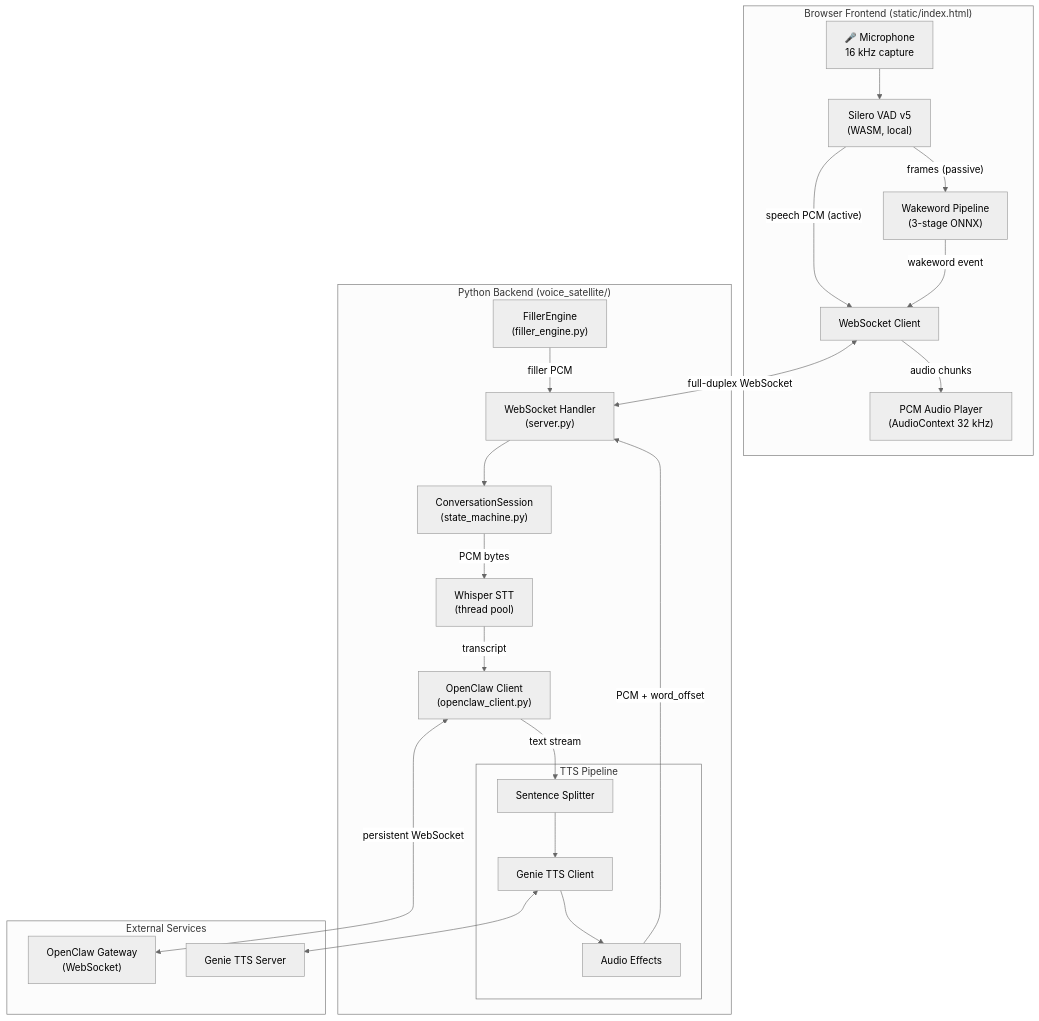
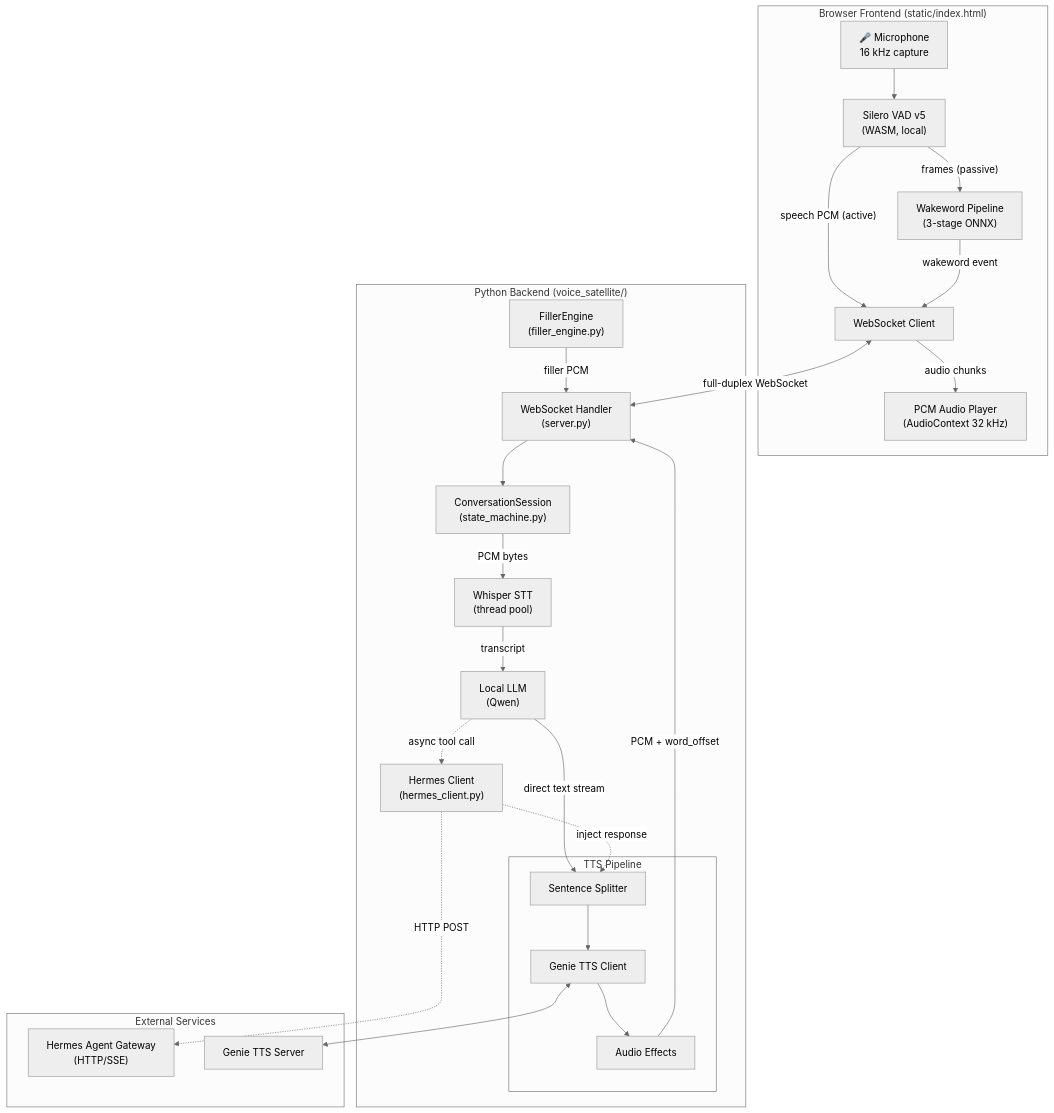
One commit to aiden-isaac/vocascade changed the first of 3 diagrams in specs/001-voice-satellite-core/plan.md. Above: the diagram before and after it, drawn with Mermaid (neutral theme). The commit also changed 6 other files, not shown here.

````diff
--- a/specs/001-voice-satellite-core/plan.md
+++ b/specs/001-voice-satellite-core/plan.md
@@ -119,40 +119,43 @@
 ```mermaid
 flowchart TB
     subgraph Frontend["Browser Frontend (static/index.html)"]
         MIC["🎤 Microphone<br/>16 kHz capture"]
         VAD["Silero VAD v5<br/>(WASM, local)"]
         WW["Wakeword Pipeline<br/>(3-stage ONNX)"]
         PLAYER["PCM Audio Player<br/>(AudioContext 32 kHz)"]
         WS_C["WebSocket Client"]
         MIC --> VAD
         VAD -->|"frames (passive)"| WW
         VAD -->|"speech PCM (active)"| WS_C
         WW -->|"wakeword event"| WS_C
         WS_C -->|"audio chunks"| PLAYER
     end
     subgraph Backend["Python Backend (voice_satellite/)"]
         WS_S["WebSocket Handler<br/>(server.py)"]
         SESSION["ConversationSession<br/>(state_machine.py)"]
         STT["Whisper STT<br/>(thread pool)"]
-        OC_CL["OpenClaw Client<br/>(openclaw_client.py)"]
+        LLM["Local LLM<br/>(Qwen)"]
+        OC_CL["Hermes Client<br/>(hermes_client.py)"]
         FILLER["FillerEngine<br/>(filler_engine.py)"]
         subgraph TTS_P["TTS Pipeline"]
             SPLIT["Sentence Splitter"]
             GENIE["Genie TTS Client"]
             FX["Audio Effects"]
         end
         WS_S --> SESSION
         SESSION -->|"PCM bytes"| STT
-        STT -->|"transcript"| OC_CL
-        OC_CL -->|"text stream"| SPLIT
+        STT -->|"transcript"| LLM
+        LLM -.->|"async tool call"| OC_CL
+        LLM -->|"direct text stream"| SPLIT
+        OC_CL -.->|"inject response"| SPLIT
         FILLER -->|"filler PCM"| WS_S
         SPLIT --> GENIE --> FX -->|"PCM + word_offset"| WS_S
     end
     subgraph External["External Services"]
-        OC["OpenClaw Gateway<br/>(WebSocket)"]
+        OC["Hermes Agent Gateway<br/>(HTTP/SSE)"]
         TTS_SRV["Genie TTS Server"]
     end
     WS_C <-->|"full-duplex WebSocket"| WS_S
-    OC_CL <-->|"persistent WebSocket"| OC
+    OC_CL -.->|"HTTP POST"| OC
     GENIE <--> TTS_SRV
 ```
````
